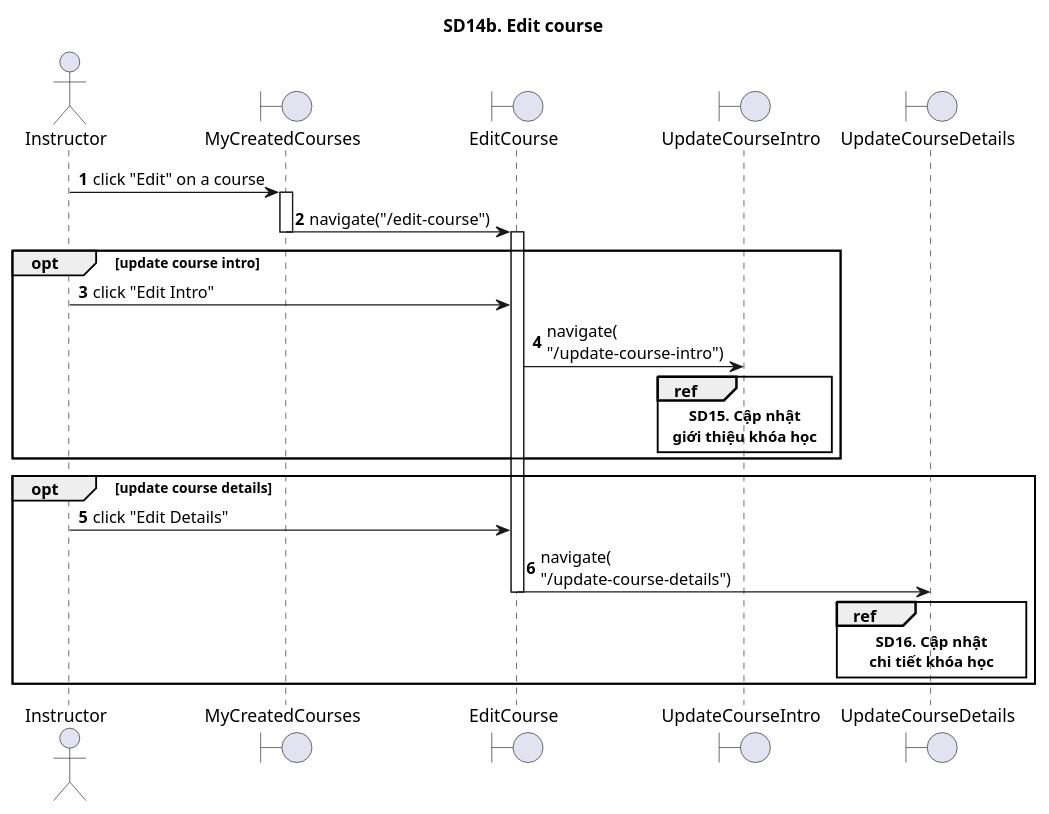
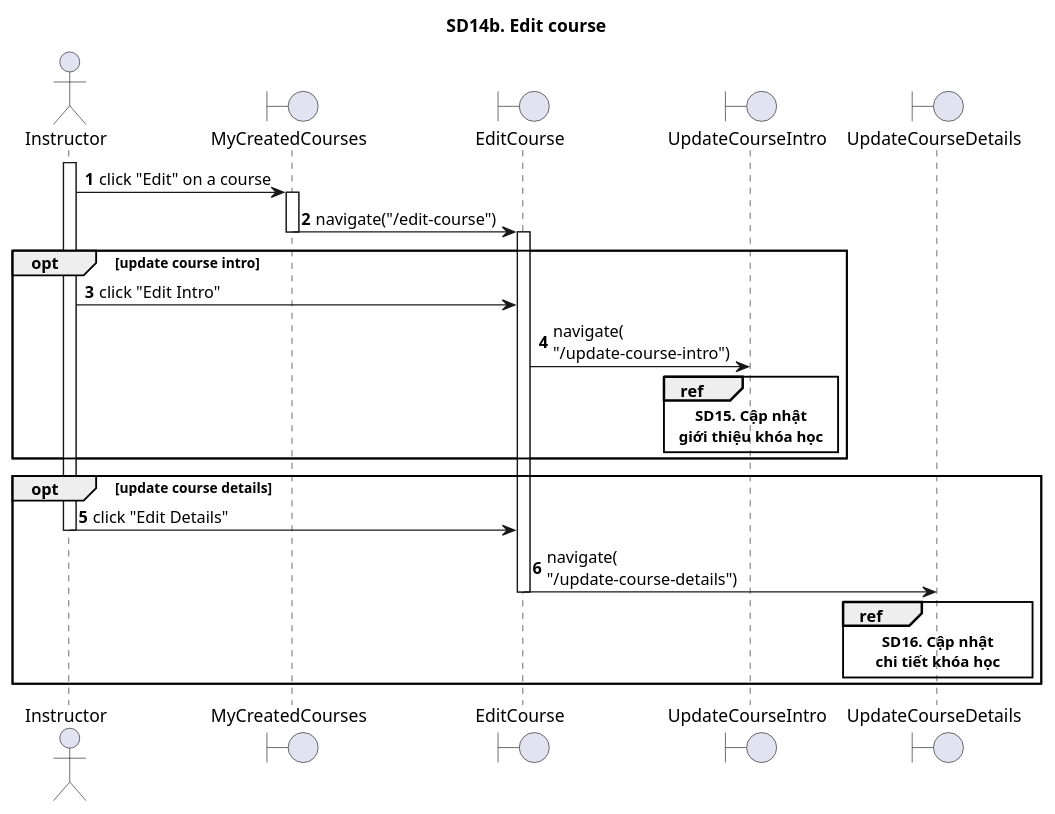
Before and after one commit to The-Cookies-Team/UML-Diagrams: the diagram in SequenceDiagrams/CNPMHDT/New/sd14b.puml, drawn with PlantUML. The commit also changed 12 other files, not shown here.

```diff
--- a/SequenceDiagrams/CNPMHDT/New/sd14b.puml
+++ b/SequenceDiagrams/CNPMHDT/New/sd14b.puml
@@ -1,43 +1,43 @@
 @startuml SQ
 
 autonumber
 
 title SD14b. Edit course
 
 actor "Instructor"
 boundary "MyCreatedCourses"
 boundary "EditCourse"
 boundary "UpdateCourseIntro"
 boundary "UpdateCourseDetails"
-
+activate Instructor
 Instructor -> MyCreatedCourses: click "Edit" on a course
 activate MyCreatedCourses
 MyCreatedCourses -> EditCourse: navigate("/edit-course")
 deactivate MyCreatedCourses
 activate EditCourse
 opt update course intro
 
 Instructor -> EditCourse: click "Edit Intro"
 EditCourse -> UpdateCourseIntro: navigate(\n"/update-course-intro")
 ref over UpdateCourseIntro
 **SD15. Cập nhật**
 **giới thiệu khóa học**
 end ref
 
 end
 
 opt update course details
 
 Instructor -> EditCourse: click "Edit Details"
 deactivate Instructor
 EditCourse -> UpdateCourseDetails: navigate(\n"/update-course-details")
 deactivate EditCourse
 
 ref over UpdateCourseDetails
 **SD16. Cập nhật**
 **chi tiết khóa học**
 end ref
 
 end
 
 @enduml
```
